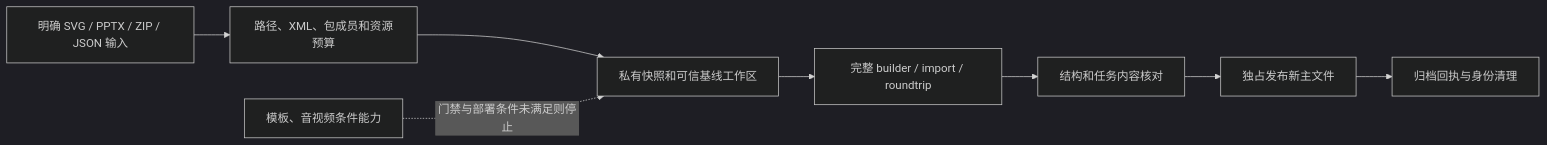
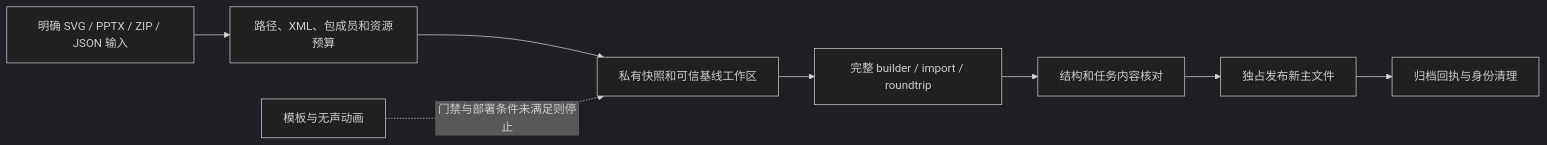
One commit to JohnParken/PSL-SKILLS changed the diagram in docs/skills/tl-pptx.md. Above: the diagram before and after it, drawn with Mermaid (dark theme). The commit also changed other lines of this file and 66 other files, not shown here.

````diff
--- a/docs/skills/tl-pptx.md
+++ b/docs/skills/tl-pptx.md
@@ -28,10 +28,10 @@
 ```mermaid
 flowchart LR
     I["明确 SVG / PPTX / ZIP / JSON 输入"] --> G["路径、XML、包成员和资源预算"]
     G --> W["私有快照和可信基线工作区"]
     W --> B["完整 builder / import / roundtrip"]
     B --> V["结构和任务内容核对"]
     V --> P["独占发布新主文件"]
     P --> A["归档回执与身份清理"]
-    T["模板、音视频条件能力"] -.->|"门禁与部署条件未满足则停止"| W
+    T["模板与无声动画"] -.->|"门禁与部署条件未满足则停止"| W
 ```
````
